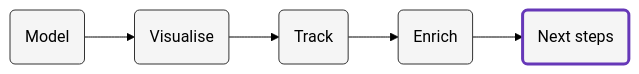
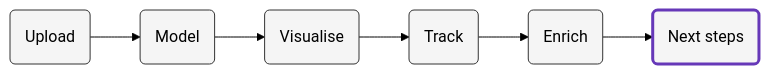
The diagram in content/next_steps/_index.md (snowplow/marketing-attribution-accelerator), drawn with Mermaid (forest theme) before and after one commit. The commit also changed other lines of this file and 19 other files, not shown here.

```diff
--- a/content/next_steps/_index.md
+++ b/content/next_steps/_index.md
@@ -12,9 +12,10 @@
 {{<mermaid>}}
 flowchart LR
-    id1(Model)-->id2(Visualise)-->id3(Track)-->id4(Enrich)-->id5(Next steps)
-    style id5 fill:#f5f5f5,stroke:#6638B8,stroke-width:3px
+    id1(Upload)-->id2(Model)-->id3(Visualise)-->id4(Track)-->id5(Enrich)-->id6(Next steps)
     style id1 fill:#f5f5f5,stroke:#333,stroke-width:1px
     style id2 fill:#f5f5f5,stroke:#333,stroke-width:1px
     style id3 fill:#f5f5f5,stroke:#333,stroke-width:1px
     style id4 fill:#f5f5f5,stroke:#333,stroke-width:1px
+    style id5 fill:#f5f5f5,stroke:#333,stroke-width:1px
+    style id6 fill:#f5f5f5,stroke:#6638B8,stroke-width:3px
 {{</mermaid >}}
```
